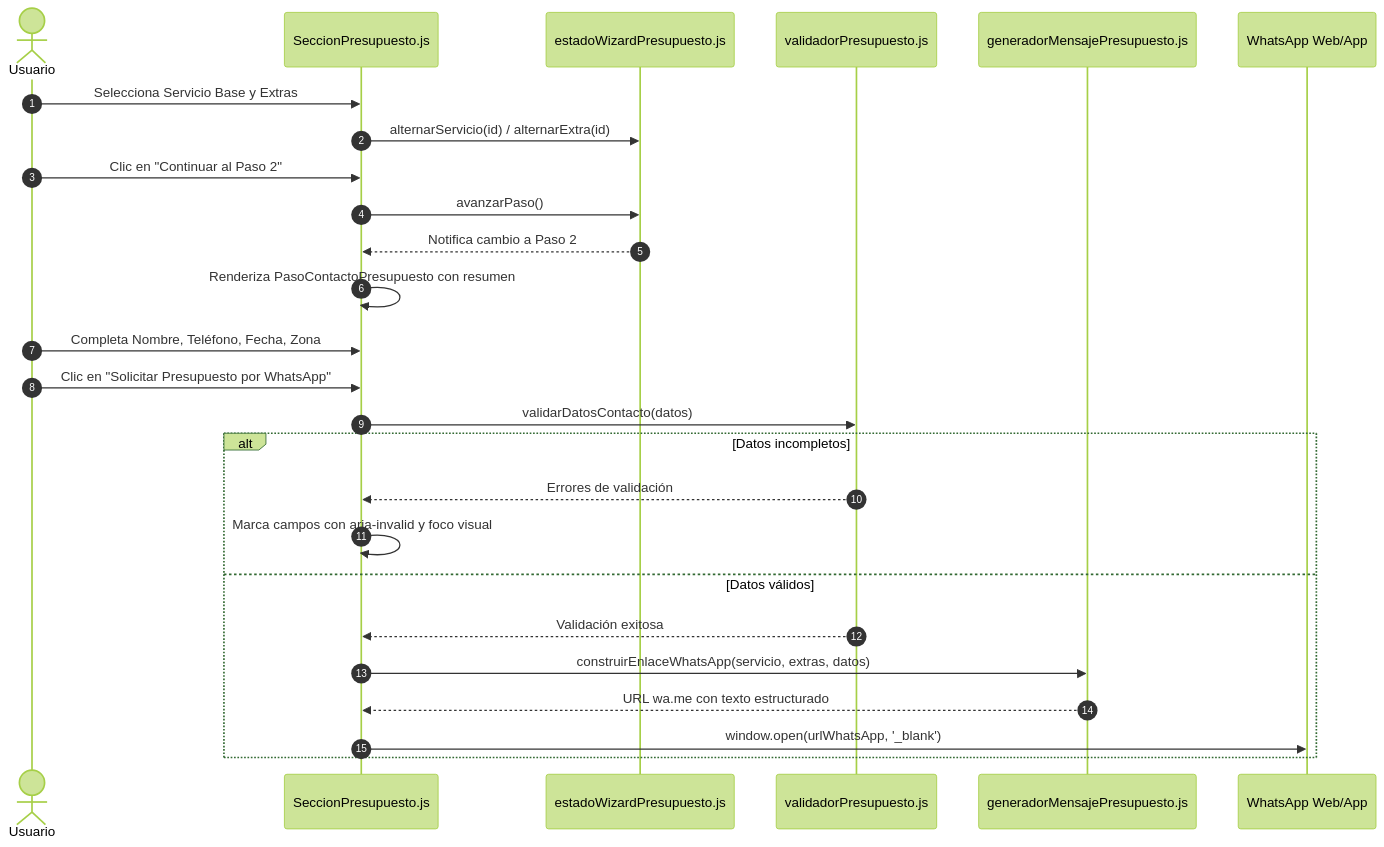
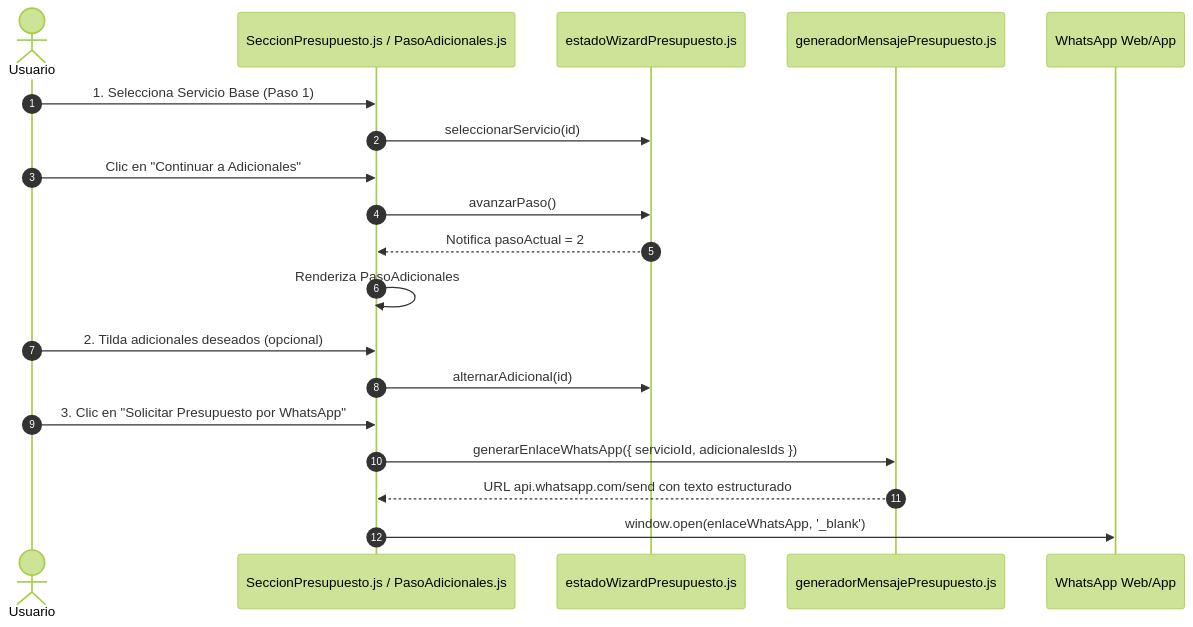
Before and after one commit to JorgeTrip/neo_producciones_tm: the fourth of 4 diagrams in docs/arquitectura/c4_wizard_presupuesto.md, drawn with Mermaid (forest theme). The commit also changed other lines of this file and 13 other files, not shown here.

First line of the commit message:
feat: Se simplifica presupuesto a dos pasos con envío por WhatsApp

````diff
--- a/docs/arquitectura/c4_wizard_presupuesto.md
+++ b/docs/arquitectura/c4_wizard_presupuesto.md
@@ -75,29 +73,22 @@
 ```mermaid
 sequenceDiagram
     autonumber
     actor U as Usuario
-    participant UI as SeccionPresupuesto.js
+    participant UI as SeccionPresupuesto.js / PasoAdicionales.js
     participant EW as estadoWizardPresupuesto.js
-    participant VAL as validadorPresupuesto.js
     participant GEN as generadorMensajePresupuesto.js
     participant WA as WhatsApp Web/App
 
-    U->>UI: Selecciona Servicio Base y Extras
-    UI->>EW: alternarServicio(id) / alternarExtra(id)
-    U->>UI: Clic en "Continuar al Paso 2"
+    U->>UI: 1. Selecciona Servicio Base (Paso 1)
+    UI->>EW: seleccionarServicio(id)
+    U->>UI: Clic en "Continuar a Adicionales"
     UI->>EW: avanzarPaso()
-    EW-->>UI: Notifica cambio a Paso 2
-    UI->>UI: Renderiza PasoContactoPresupuesto con resumen
-    U->>UI: Completa Nombre, Teléfono, Fecha, Zona
-    U->>UI: Clic en "Solicitar Presupuesto por WhatsApp"
-    UI->>VAL: validarDatosContacto(datos)
-    alt Datos incompletos
-        VAL-->>UI: Errores de validación
-        UI->>UI: Marca campos con aria-invalid y foco visual
-    else Datos válidos
-        VAL-->>UI: Validación exitosa
-        UI->>GEN: construirEnlaceWhatsApp(servicio, extras, datos)
-        GEN-->>UI: URL wa.me con texto estructurado
-        UI->>WA: window.open(urlWhatsApp, '_blank')
-    end
+    EW-->>UI: Notifica pasoActual = 2
+    UI->>UI: Renderiza PasoAdicionales
+    U->>UI: 2. Tilda adicionales deseados (opcional)
+    UI->>EW: alternarAdicional(id)
+    U->>UI: 3. Clic en "Solicitar Presupuesto por WhatsApp"
+    UI->>GEN: generarEnlaceWhatsApp({ servicioId, adicionalesIds })
+    GEN-->>UI: URL api.whatsapp.com/send con texto estructurado
+    UI->>WA: window.open(enlaceWhatsApp, '_blank')
 ```
````
